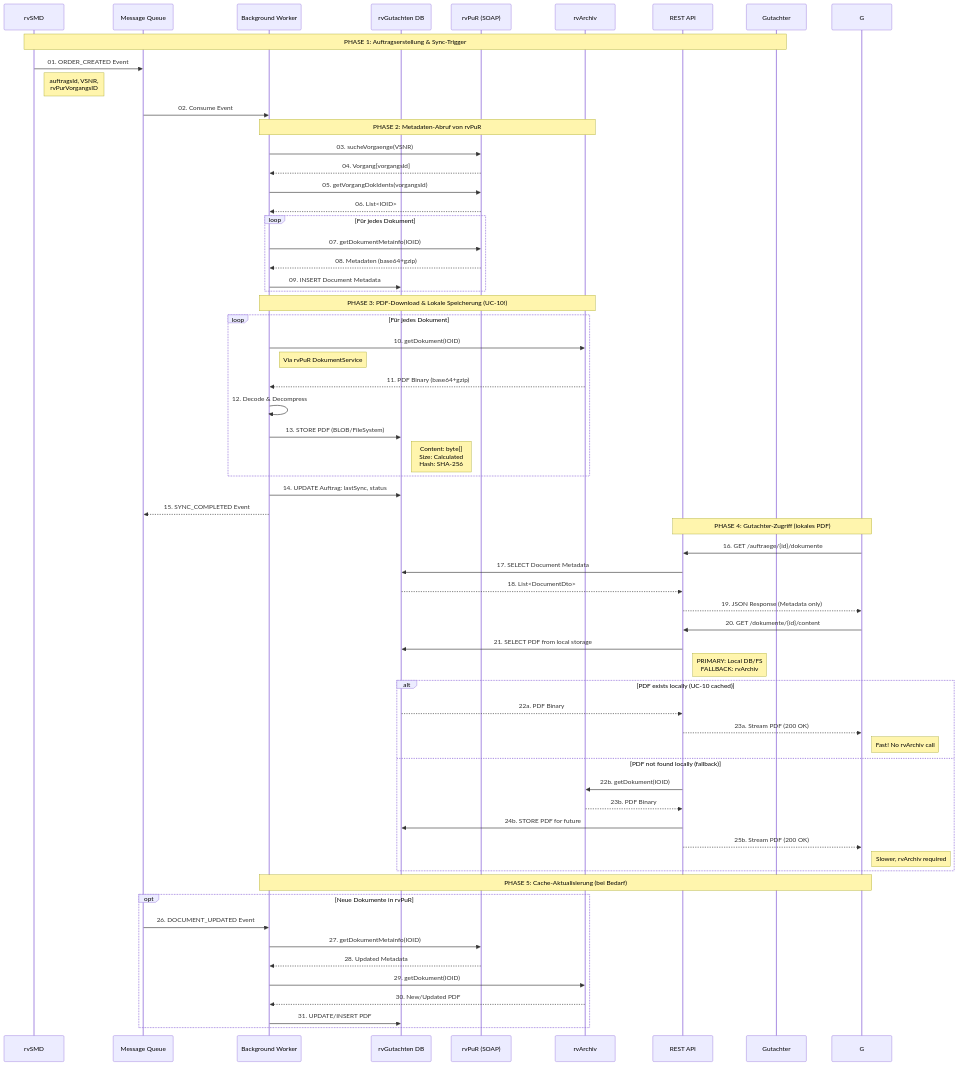
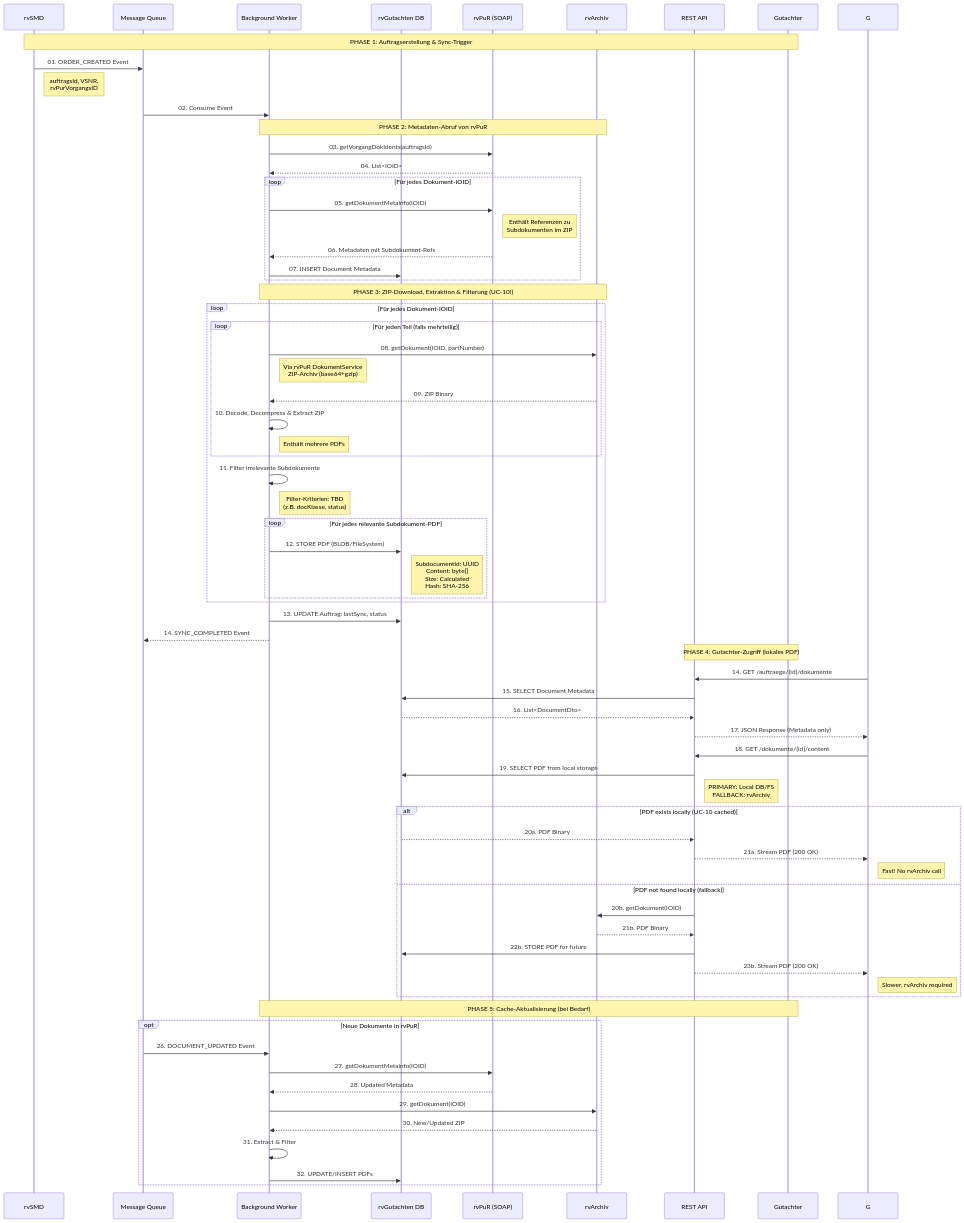
The first of 2 diagrams in docs/UseCases/UC-10_Automatisches_PDF_Caching.md (megadur/QARvGut), drawn with Mermaid before and after one commit. The commit also changed other lines of this file and 1 other file, not shown here.

````diff
--- a/docs/UseCases/UC-10_Automatisches_PDF_Caching.md
+++ b/docs/UseCases/UC-10_Automatisches_PDF_Caching.md
@@ -38,62 +38,71 @@
     
     Note over BG,ARC: PHASE 2: Metadaten-Abruf von rvPuR
 
-    BG->>PUR: 03. sucheVorgaenge(VSNR)
-    PUR-->>BG: 04. Vorgang[vorgangsId]
-    BG->>PUR: 05. getVorgangDokIdents(vorgangsId)
-    PUR-->>BG: 06. List<IOID>
+    BG->>PUR: 03. getVorgangDokIdents(auftragsId)
+    PUR-->>BG: 04. List<IOID>
     
-    loop Für jedes Dokument
-        BG->>PUR: 07. getDokumentMetainfo(IOID)
-        PUR-->>BG: 08. Metadaten (base64+gzip)
-        BG->>DB: 09. INSERT Document Metadata
+    loop Für jedes Dokument-IOID
+        BG->>PUR: 05. getDokumentMetainfo(IOID)
+        Note right of PUR: Enthält Referenzen zu<br/>Subdokumenten im ZIP
+        PUR-->>BG: 06. Metadaten mit Subdokument-Refs
+        BG->>DB: 07. INSERT Document Metadata
     end
 
-    Note over BG,ARC: PHASE 3: PDF-Download & Lokale Speicherung (UC-10!)
+    Note over BG,ARC: PHASE 3: ZIP-Download, Extraktion & Filterung (UC-10!)
 
-    loop Für jedes Dokument
-        BG->>ARC: 10. getDokument(IOID)
-        Note right of BG: Via rvPuR DokumentService
-        ARC-->>BG: 11. PDF Binary (base64+gzip)
-        BG->>BG: 12. Decode & Decompress
-        BG->>DB: 13. STORE PDF (BLOB/FileSystem)
-        Note right of DB: Content: byte[]<br/>Size: Calculated<br/>Hash: SHA-256
+    loop Für jedes Dokument-IOID
+        loop Für jeden Teil (falls mehrteilig)
+            BG->>ARC: 08. getDokument(IOID, partNumber)
+            Note right of BG: Via rvPuR DokumentService<br/>ZIP-Archiv (base64+gzip)
+            ARC-->>BG: 09. ZIP Binary
+            BG->>BG: 10. Decode, Decompress & Extract ZIP
+            Note right of BG: Enthält mehrere PDFs
+        end
+        
+        BG->>BG: 11. Filter irrelevante Subdokumente
+        Note right of BG: Filter-Kriterien: TBD<br/>(z.B. docKlasse, status)
+        
+        loop Für jedes relevante Subdokument-PDF
+            BG->>DB: 12. STORE PDF (BLOB/FileSystem)
+            Note right of DB: SubdocumentId: UUID<br/>Content: byte[]<br/>Size: Calculated<br/>Hash: SHA-256
+        end
     end
 
-    BG->>DB: 14. UPDATE Auftrag: lastSync, status
-    BG-->>MQ: 15. SYNC_COMPLETED Event
+    BG->>DB: 13. UPDATE Auftrag: lastSync, status
+    BG-->>MQ: 14. SYNC_COMPLETED Event
 
-    Note over API,G: PHASE 4: Gutachter-Zugriff (lokales PDF)
+    Note over API,GUT: PHASE 4: Gutachter-Zugriff (lokales PDF)
 
-    G->>API: 16. GET /auftraege/{id}/dokumente
-    API->>DB: 17. SELECT Document Metadata
-    DB-->>API: 18. List<DocumentDto>
-    API-->>G: 19. JSON Response (Metadata only)
+    G->>API: 14. GET /auftraege/{id}/dokumente
+    API->>DB: 15. SELECT Document Metadata
+    DB-->>API: 16. List<DocumentDto>
+    API-->>G: 17. JSON Response (Metadata only)
 
-    G->>API: 20. GET /dokumente/{id}/content
-    API->>DB: 21. SELECT PDF from local storage
+    G->>API: 18. GET /dokumente/{id}/content
+    API->>DB: 19. SELECT PDF from local storage
     Note right of API: PRIMARY: Local DB/FS<br/>FALLBACK: rvArchiv
     
     alt PDF exists locally (UC-10 cached)
-        DB-->>API: 22a. PDF Binary
-        API-->>G: 23a. Stream PDF (200 OK)
+        DB-->>API: 20a. PDF Binary
+        API-->>G: 21a. Stream PDF (200 OK)
         Note right of G: Fast! No rvArchiv call
     else PDF not found locally (fallback)
-        API->>ARC: 22b. getDokument(IOID)
-        ARC-->>API: 23b. PDF Binary
-        API->>DB: 24b. STORE PDF for future
-        API-->>G: 25b. Stream PDF (200 OK)
+        API->>ARC: 20b. getDokument(IOID)
+        ARC-->>API: 21b. PDF Binary
+        API->>DB: 22b. STORE PDF for future
+        API-->>G: 23b. Stream PDF (200 OK)
         Note right of G: Slower, rvArchiv required
     end
 
-    Note over BG,G: PHASE 5: Cache-Aktualisierung (bei Bedarf)
+    Note over BG,GUT: PHASE 5: Cache-Aktualisierung (bei Bedarf)
 
     opt Neue Dokumente in rvPuR
         MQ->>BG: 26. DOCUMENT_UPDATED Event
         BG->>PUR: 27. getDokumentMetainfo(IOID)
         PUR-->>BG: 28. Updated Metadata
         BG->>ARC: 29. getDokument(IOID)
-        ARC-->>BG: 30. New/Updated PDF
-        BG->>DB: 31. UPDATE/INSERT PDF
+        ARC-->>BG: 30. New/Updated ZIP
+        BG->>BG: 31. Extract & Filter
+        BG->>DB: 32. UPDATE/INSERT PDFs
     end
 ```
````
